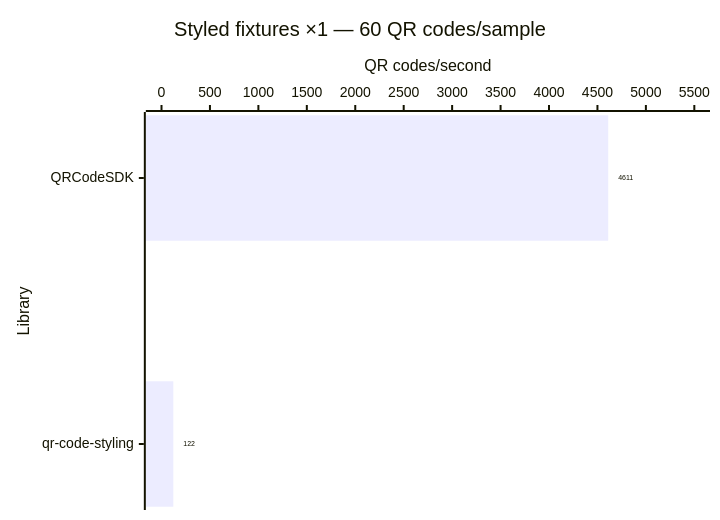
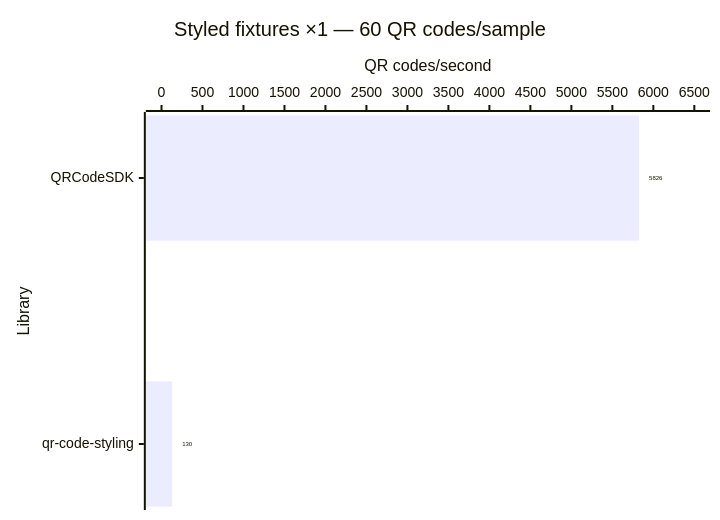
Diagram 12 of 14 in apps/docs/src/content/docs/learn/performance.md (Dafnik/qrcodesdk), drawn with Mermaid before and after one commit. The commit also changed other lines of this file and 2 other files, not shown here.

First line of the commit message:
docs: refresh QR code performance benchmarks

````diff
--- a/apps/docs/src/content/docs/learn/performance.md
+++ b/apps/docs/src/content/docs/learn/performance.md
@@ -268,15 +268,15 @@
 ```mermaid
 ---
 config:
   xyChart:
     showDataLabel: true
     showDataLabelOutsideBar: true
 ---
 xychart horizontal
   accTitle: Styled SVG generation: Styled fixtures ×1 — 60 QR codes/sample
-  accDescr: Throughput calculated from median time. QRCodeSDK 4,611 QR codes per second, qr-code-styling 122 QR codes per second. Higher is better.
+  accDescr: Throughput calculated from median time. QRCodeSDK 5,826 QR codes per second, qr-code-styling 130 QR codes per second. Higher is better.
   title "Styled fixtures ×1 — 60 QR codes/sample"
   x-axis "Library" ["QRCodeSDK", "qr-code-styling"]
-  y-axis "QR codes/second" 0 --> 5500
-  bar [4611, 122]
+  y-axis "QR codes/second" 0 --> 6500
+  bar [5826, 130]
 ```
````
